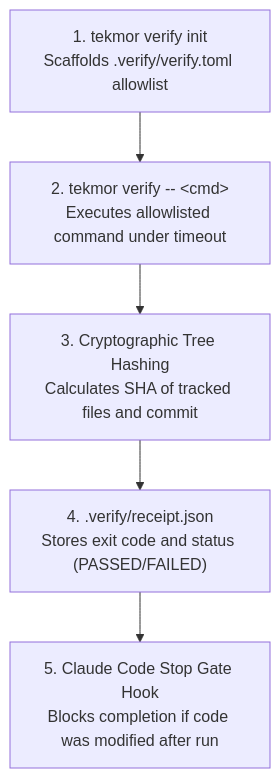
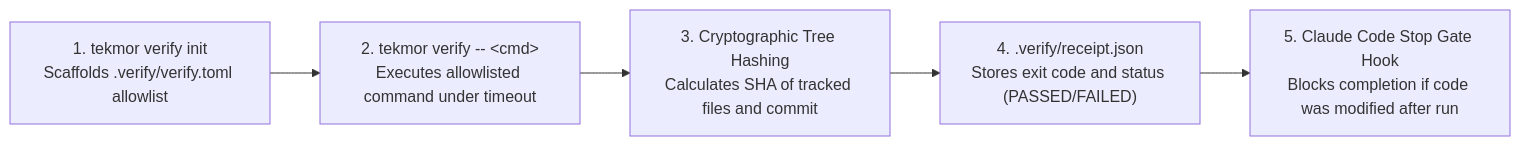
Before and after one commit to autonomic-ai-dev/website: the diagram in src/routes/tekmor/docs/+page.md, drawn with Mermaid. The commit also changed 12 other files, not shown here.

Commit message:
feat: animate on bidirectional scroll, horizontal diagrams, blog mermaid, and anode-parity footer (#67)

````diff
--- a/src/routes/tekmor/docs/+page.md
+++ b/src/routes/tekmor/docs/+page.md
@@ -15,7 +15,7 @@
 ```mermaid
-flowchart TD
+flowchart LR
     Init["1. tekmor verify init<br/>Scaffolds .verify/verify.toml allowlist"] --> Run["2. tekmor verify -- &lt;cmd&gt;<br/>Executes allowlisted command under timeout"]
     Run --> Hash["3. Cryptographic Tree Hashing<br/>Calculates SHA of tracked files and commit"]
     Hash --> Receipt["4. .verify/receipt.json<br/>Stores exit code and status (PASSED/FAILED)"]
     Receipt --> Gate["5. Claude Code Stop Gate Hook<br/>Blocks completion if code was modified after run"]
 ```
````
